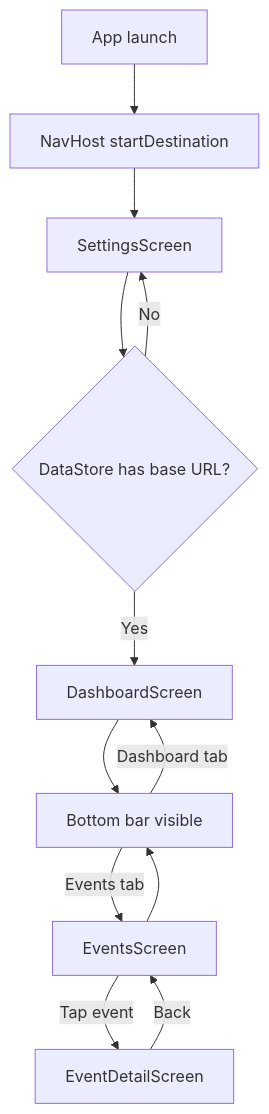
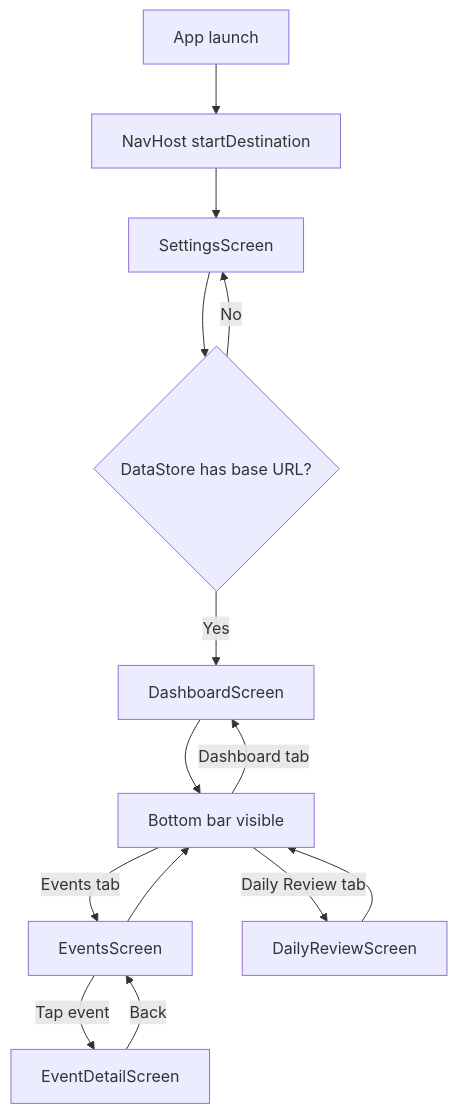
Before and after one commit to jballard86/Frigate_Event_Viewer: the diagram in docs/UI_MAP.md, drawn with Mermaid. The commit also changed other lines of this file and 12 other files, not shown here.

Commit message:
daily review

````diff
--- a/docs/UI_MAP.md
+++ b/docs/UI_MAP.md
@@ -15,23 +26,26 @@
 ```mermaid
 flowchart TD
     AppLaunch[App launch]
     NavHost[NavHost startDestination]
     SettingsScreen[SettingsScreen]
     HasBaseUrl{DataStore has base URL?}
     DashboardScreen[DashboardScreen]
     EventsScreen[EventsScreen]
+    DailyReviewScreen[DailyReviewScreen]
     EventDetailScreen[EventDetailScreen]
     BottomBar[Bottom bar visible]
 
     AppLaunch --> NavHost
     NavHost --> SettingsScreen
     SettingsScreen --> HasBaseUrl
     HasBaseUrl -->|Yes| DashboardScreen
     HasBaseUrl -->|No| SettingsScreen
     DashboardScreen --> BottomBar
     EventsScreen --> BottomBar
+    DailyReviewScreen --> BottomBar
     BottomBar -->|Dashboard tab| DashboardScreen
     BottomBar -->|Events tab| EventsScreen
+    BottomBar -->|Daily Review tab| DailyReviewScreen
     EventsScreen -->|Tap event| EventDetailScreen
     EventDetailScreen -->|Back| EventsScreen
 ```
````
